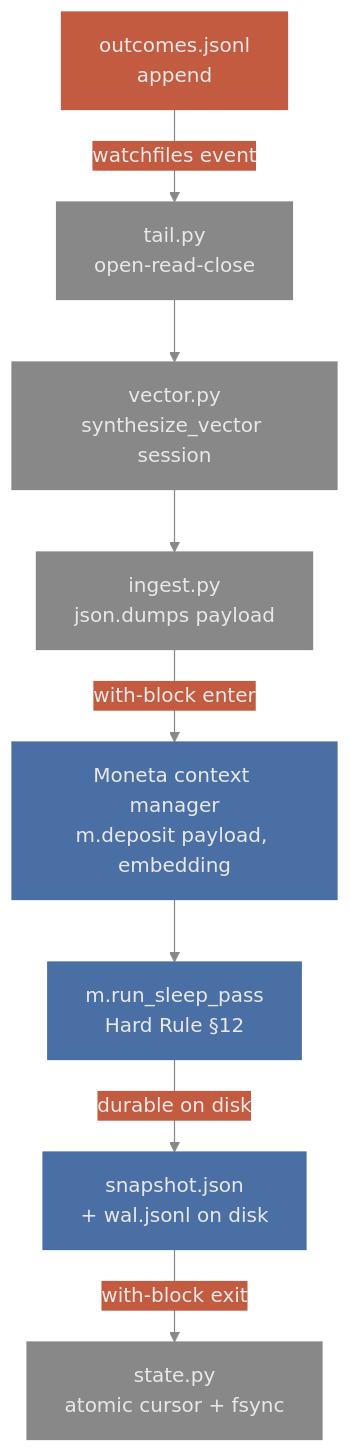
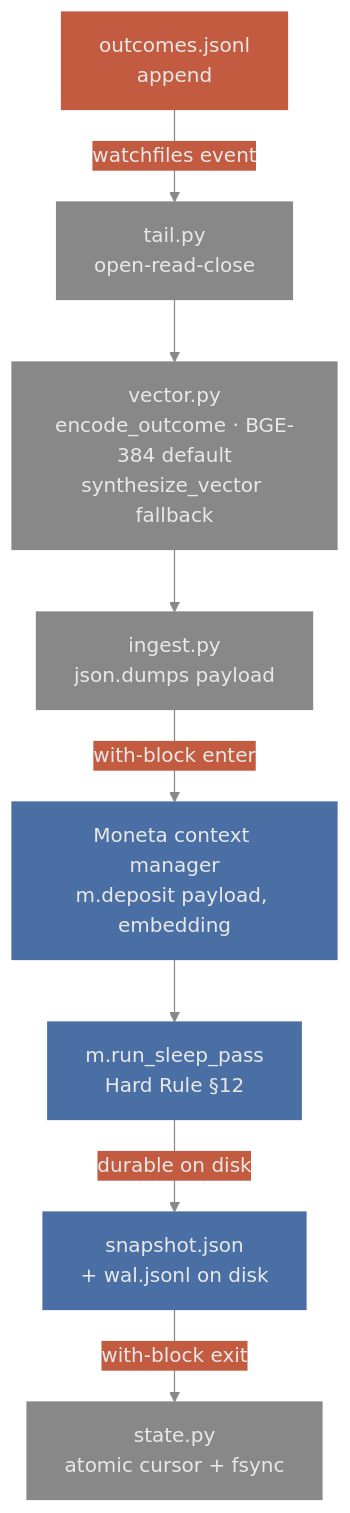
Before and after one commit to JosephOIbrahim/comfy-moneta-bridge: the first of 3 diagrams in README.md, drawn with Mermaid. The commit also changed other lines of this file, not shown here.

First line of the commit message:
[VERIFY] README: bge-default, cross-session, provisioning + diagram updates

````diff
--- a/README.md
+++ b/README.md
@@ -13,43 +13,43 @@
 ```mermaid
 %%{init: {'theme':'base', 'themeVariables': {
   'primaryColor': '#4A6FA5',
   'primaryTextColor': '#E8E8E8',
   'primaryBorderColor': '#4A6FA5',
   'secondaryColor': '#C25B3F',
   'secondaryTextColor': '#E8E8E8',
   'secondaryBorderColor': '#C25B3F',
   'tertiaryColor': '#888888',
   'tertiaryTextColor': '#E8E8E8',
   'tertiaryBorderColor': '#888888',
   'background': '#0D0D0D',
   'mainBkg': '#4A6FA5',
   'lineColor': '#888888',
   'textColor': '#E8E8E8'
 }}}%%
 %% Ingest: Comfy-Cozy outcomes → Moneta
 flowchart TD
     Outcomes[outcomes.jsonl<br/>append]
     Tail[tail.py<br/>open-read-close]
-    Vector[vector.py<br/>synthesize_vector session]
+    Vector[vector.py<br/>encode_outcome · BGE-384 default<br/>synthesize_vector fallback]
     Ingest[ingest.py<br/>json.dumps payload]
     Moneta1[Moneta context manager<br/>m.deposit payload, embedding]
     Sleep[m.run_sleep_pass<br/>Hard Rule §12]
     Snapshot[snapshot.json<br/>+ wal.jsonl on disk]
     Cursor[state.py<br/>atomic cursor + fsync]
 
     Outcomes -->|watchfiles event| Tail
     Tail --> Vector
     Vector --> Ingest
     Ingest -->|with-block enter| Moneta1
     Moneta1 --> Sleep
     Sleep -->|durable on disk| Snapshot
     Snapshot -->|with-block exit| Cursor
 
     classDef substrate fill:#4A6FA5,stroke:#4A6FA5,color:#E8E8E8
     classDef consumer  fill:#C25B3F,stroke:#C25B3F,color:#E8E8E8
     classDef bridge    fill:#888888,stroke:#888888,color:#E8E8E8
 
     class Outcomes consumer
     class Tail,Vector,Ingest,Cursor bridge
     class Moneta1,Sleep,Snapshot substrate
 ```
````
